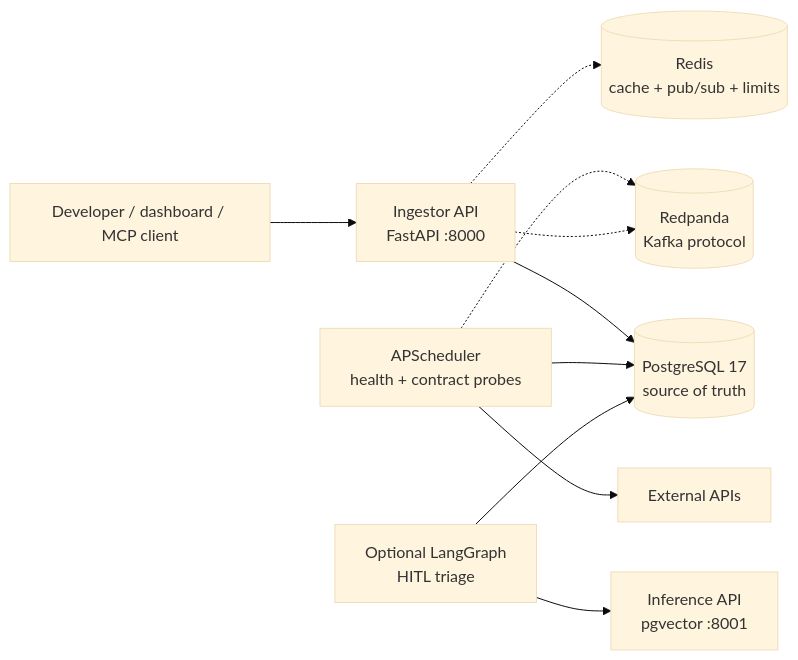
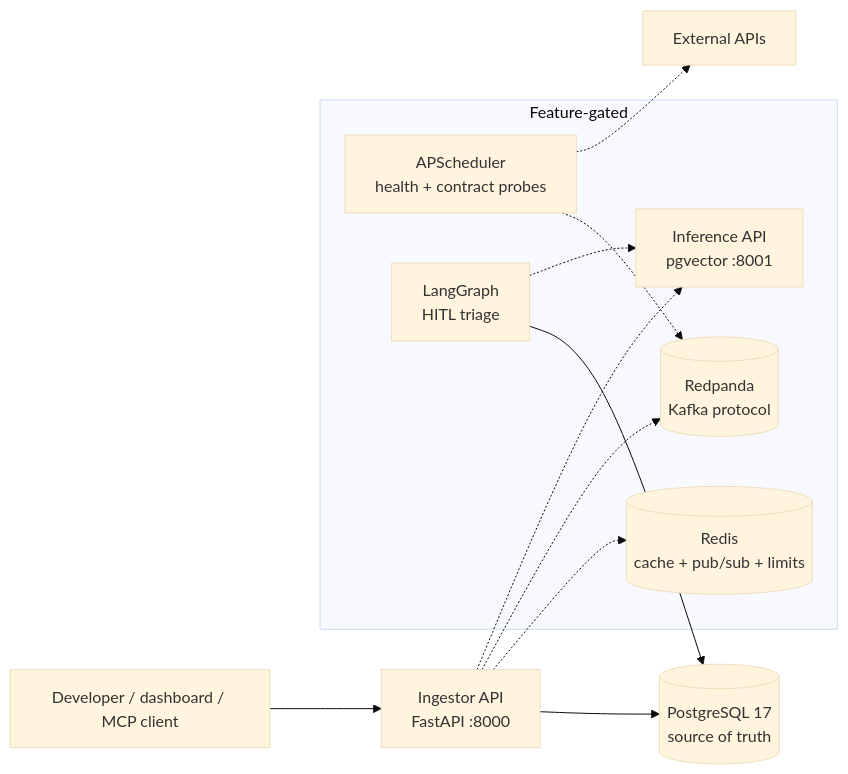
Before and after one commit to ivanprytula/api-observatory: the diagram in README.md, drawn with Mermaid (base theme). The commit also changed other lines of this file and 2 other files, not shown here.

Commit message:
docs(architecture): align container and incident docs with real status
Rewrite the system/container diagrams to show the feature-gated boundary
(Redis, Redpanda, inference, agent) instead of implying always-on components.
Consolidate the router map into domain groups and move per-router status
tracking to the evergreen engineering topics index. Relocate the incident
lifecycle state machine to the dependency incidents runbook as canonical and
point the architecture doc at it. Drop the README's standing-product-example
paragraph, leaving only the scope exclusion.

````diff
--- a/README.md
+++ b/README.md
@@ -43,22 +41,25 @@
 ```mermaid
 flowchart LR
     User["Developer / dashboard / MCP client"]
     API["Ingestor API\nFastAPI :8000"]
-    Scheduler["APScheduler\nhealth + contract probes"]
-    External["External APIs"]
     DB[("PostgreSQL 17\nsource of truth")]
-    Cache[("Redis\ncache + pub/sub + limits")]
-    Broker[("Redpanda\nKafka protocol")]
-    Inference["Inference API\npgvector :8001"]
-    Agent["Optional LangGraph\nHITL triage"]
 
     User --> API
     API --> DB
+
+    subgraph Optional["Feature-gated"]
+        Scheduler["APScheduler\nhealth + contract probes"]
+        Cache[("Redis\ncache + pub/sub + limits")]
+        Broker[("Redpanda\nKafka protocol")]
+        Inference["Inference API\npgvector :8001"]
+        Agent["LangGraph\nHITL triage"]
+    end
+
     API -.-> Cache
-    Scheduler --> External
-    Scheduler --> DB
+    API -.-> Broker
     Scheduler -.-> Broker
-    API -.-> Broker
+    Scheduler -.-> External["External APIs"]
+    API -.-> Inference
     Agent --> DB
-    Agent --> Inference
+    Agent -.-> Inference
 ```
````
